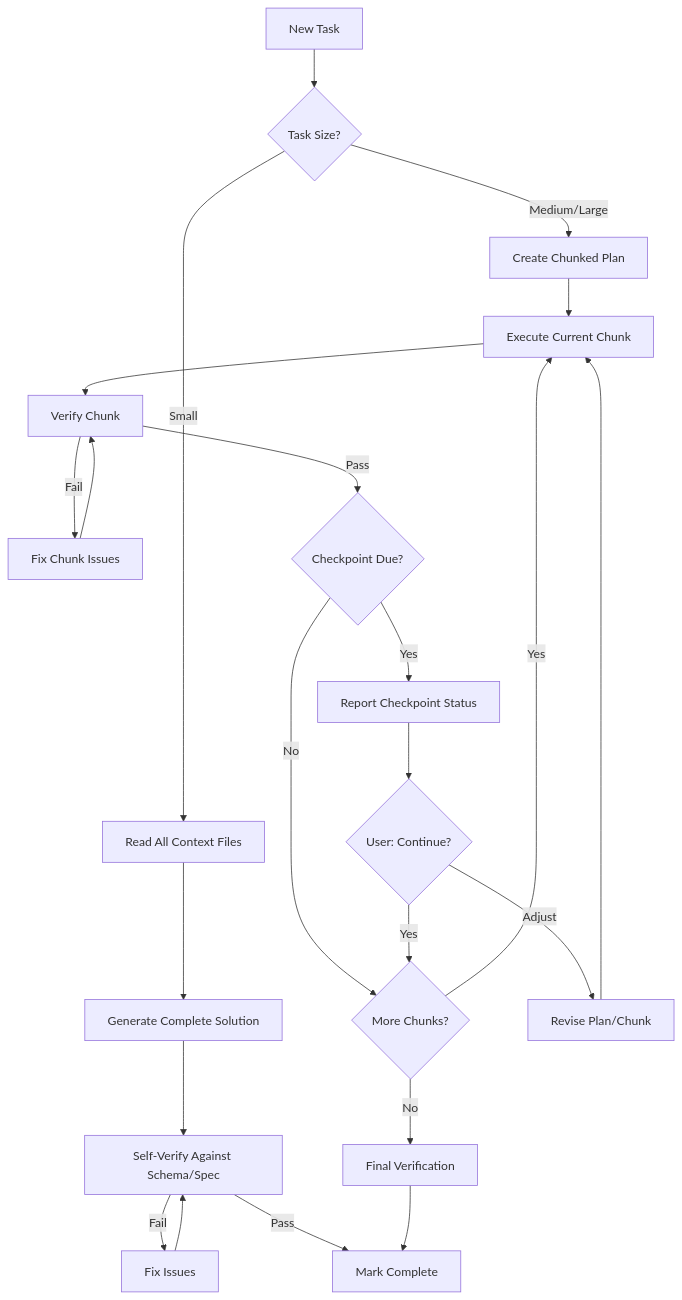
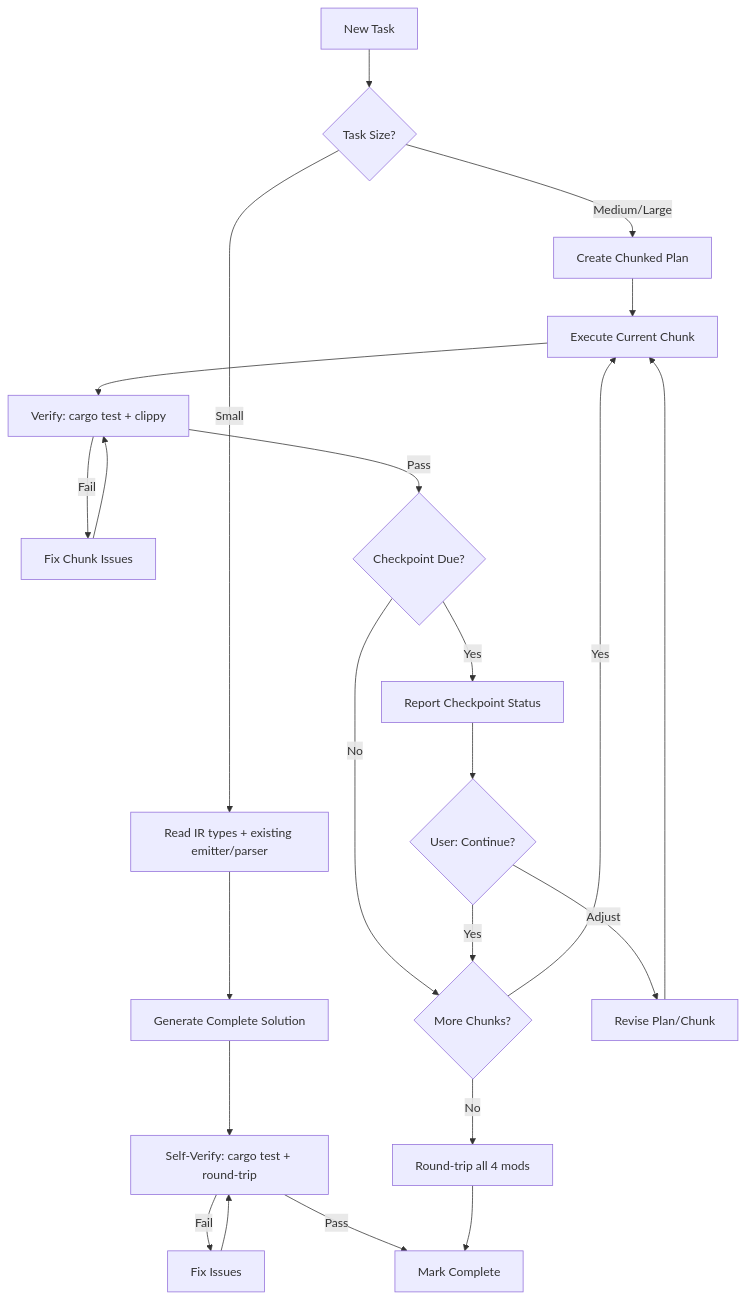
One commit to hgorelick/sliceymon-expansion changed the diagram in personas/ai-development.md. Above: the diagram before and after it, drawn with Mermaid. The commit also changed other lines of this file and 5 other files, not shown here.

````diff
--- a/personas/ai-development.md
+++ b/personas/ai-development.md
@@ -642,27 +665,27 @@
 ```mermaid
 graph TD
     Task[New Task] --> Assess{Task Size?}
 
-    Assess -->|Small| Context[Read All Context Files]
+    Assess -->|Small| Context[Read IR types + existing emitter/parser]
     Context --> Generate[Generate Complete Solution]
-    Generate --> Verify[Self-Verify Against Schema/Spec]
+    Generate --> Verify[Self-Verify: cargo test + round-trip]
     Verify -->|Pass| Complete[Mark Complete]
     Verify -->|Fail| Fix[Fix Issues]
     Fix --> Verify
 
     Assess -->|Medium/Large| Plan[Create Chunked Plan]
     Plan --> Chunk[Execute Current Chunk]
-    Chunk --> ChunkVerify[Verify Chunk]
+    Chunk --> ChunkVerify[Verify: cargo test + clippy]
     ChunkVerify -->|Fail| ChunkFix[Fix Chunk Issues]
     ChunkFix --> ChunkVerify
     ChunkVerify -->|Pass| CheckpointDue{Checkpoint Due?}
     CheckpointDue -->|No| MoreChunks{More Chunks?}
     CheckpointDue -->|Yes| Report[Report Checkpoint Status]
     Report --> UserOK{User: Continue?}
     UserOK -->|Yes| MoreChunks
     UserOK -->|Adjust| Revise[Revise Plan/Chunk]
     Revise --> Chunk
     MoreChunks -->|Yes| Chunk
-    MoreChunks -->|No| FinalVerify[Final Verification]
+    MoreChunks -->|No| FinalVerify[Round-trip all 4 mods]
     FinalVerify --> Complete
 ```
````
